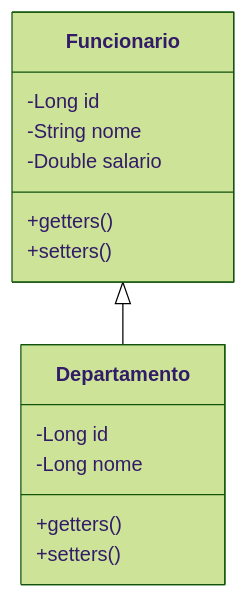
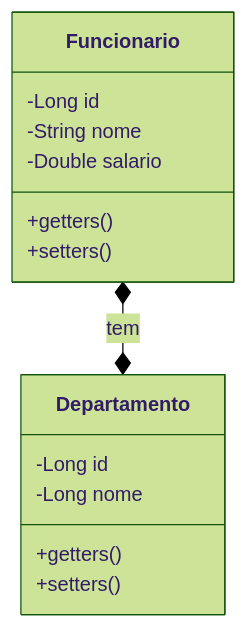
Before and after one commit to lschlestein/hibernate: the diagram in README.md, drawn with Mermaid (forest theme).

````diff
--- a/README.md
+++ b/README.md
@@ -184,17 +184,17 @@
 ```mermaid
 classDiagram
-    Funcionario <|-- Departamento
+    Funcionario *--* Departamento : tem
     class Funcionario{
         -Long id
         -String nome
         -Double salario
         +getters()
         +setters()
     }
     class Departamento{
         -Long id
         -Long nome
         +getters()
         +setters()
     }
 ```
````
